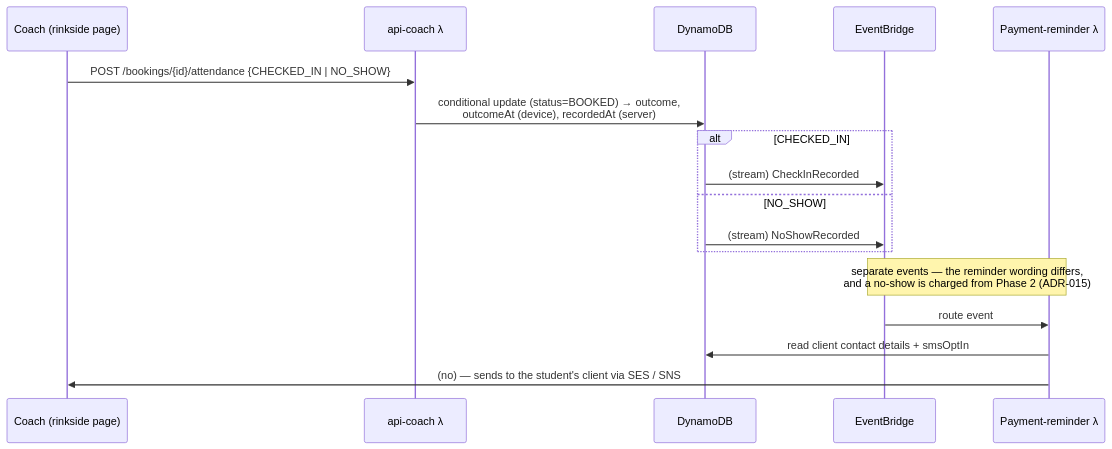
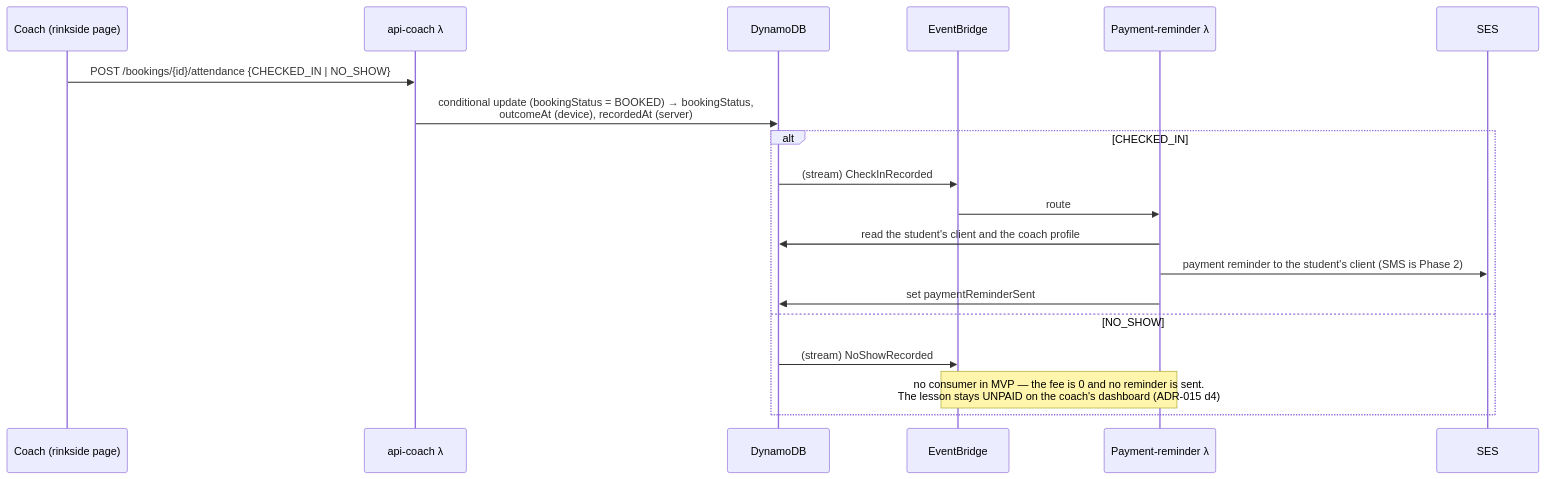
The sixth of 18 diagrams in docs/architecture.md (jessicamvega6/bladebook), drawn with Mermaid before and after one commit. The commit also changed other lines of this file and 1 other file, not shown here.

Commit message:
updates to diagrams

````diff
--- a/docs/architecture.md
+++ b/docs/architecture.md
@@ -617,19 +655,21 @@
 ```mermaid
 sequenceDiagram
     participant C as Coach (rinkside page)
     participant API as api-coach λ
     participant DB as DynamoDB
     participant Bus as EventBridge
     participant Pay as Payment-reminder λ
+    participant SES as SES
     C->>API: POST /bookings/{id}/attendance {CHECKED_IN | NO_SHOW}
-    API->>DB: conditional update (status=BOOKED) → outcome,<br/>outcomeAt (device), recordedAt (server)
+    API->>DB: conditional update (bookingStatus = BOOKED) → bookingStatus,<br/>outcomeAt (device), recordedAt (server)
     alt CHECKED_IN
         DB->>Bus: (stream) CheckInRecorded
+        Bus->>Pay: route
+        Pay->>DB: read the student's client and the coach profile
+        Pay->>SES: payment reminder to the student's client (SMS is Phase 2)
+        Pay->>DB: set paymentReminderSent
     else NO_SHOW
         DB->>Bus: (stream) NoShowRecorded
+        Note over Bus,Pay: no consumer in MVP — the fee is 0 and no reminder is sent.<br/>The lesson stays UNPAID on the coach's dashboard (ADR-015 d4)
     end
-    Note over Bus,Pay: separate events — the reminder wording differs,<br/>and a no-show is charged from Phase 2 (ADR-015)
-    Bus->>Pay: route event
-    Pay->>DB: read client contact details + smsOptIn
-    Pay->>C: (no) — sends to the student's client via SES / SNS
 ```
````
